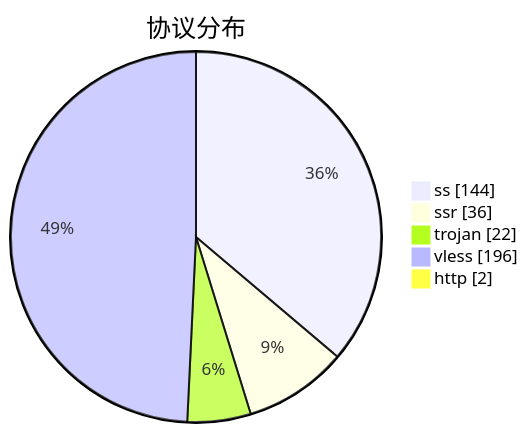
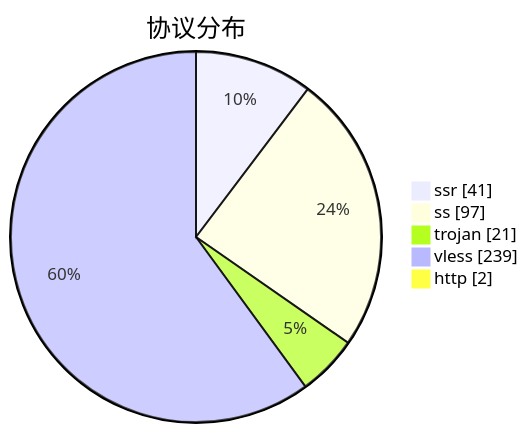
The third of 3 diagrams in subs/statistics/tested_within.md (qjlxg/airport), drawn with Mermaid before and after one commit. The commit also changed other lines of this file and 2 other files, not shown here.

````diff
--- a/subs/statistics/tested_within.md
+++ b/subs/statistics/tested_within.md
@@ -18,9 +18,9 @@
 ```mermaid
 pie showData
 title 协议分布
-"ss" : 144
-"ssr" : 36
-"trojan" : 22
-"vless" : 196
+"ssr" : 41
+"ss" : 97
+"trojan" : 21
+"vless" : 239
 "http" : 2
 ```
````
